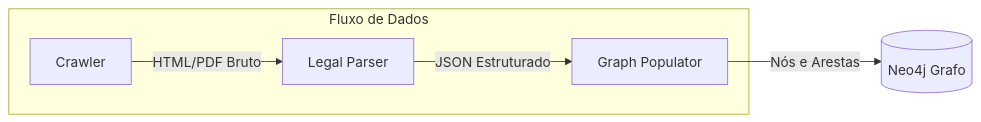
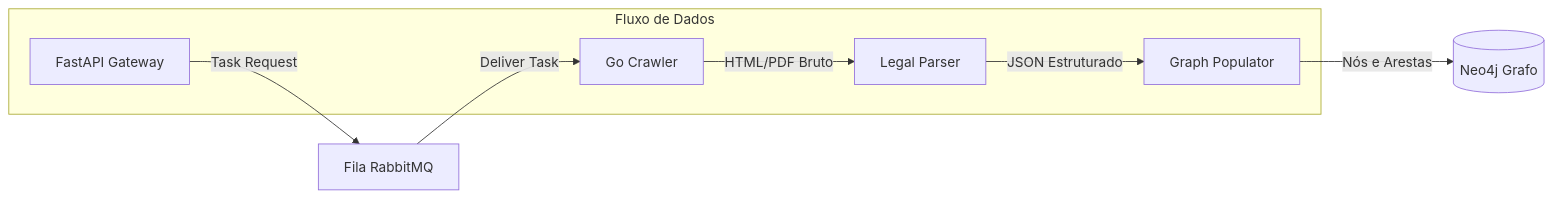
The second of 2 diagrams in README.md (EduardoMG12/ThingIndex), drawn with Mermaid before and after one commit. The commit also changed other lines of this file and 6 other files, not shown here.

````diff
--- a/README.md
+++ b/README.md
@@ -73,12 +75,15 @@
 ```mermaid
 graph LR
-    C[Crawler] -->|HTML/PDF Bruto| LP[Legal Parser]
+    API[FastAPI Gateway] -->|Task Request| Rabbit[Fila RabbitMQ]
+    Rabbit -->|Deliver Task| C[Go Crawler]
+    C -->|HTML/PDF Bruto| LP[Legal Parser]
     LP -->|JSON Estruturado| GP[Graph Populator]
     GP -->|Nós e Arestas| DB[(Neo4j Grafo)]
     
     subgraph Fluxo de Dados
+    API
     C
     LP
     GP
     end
 ```
````
